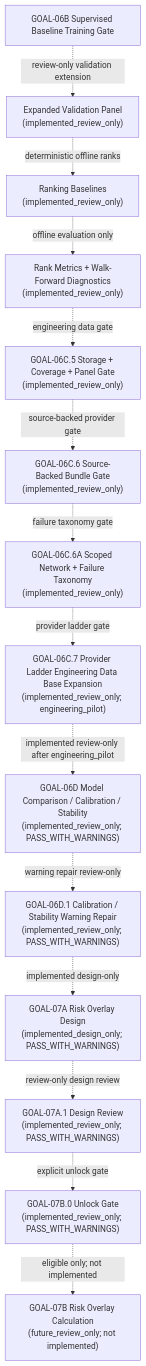
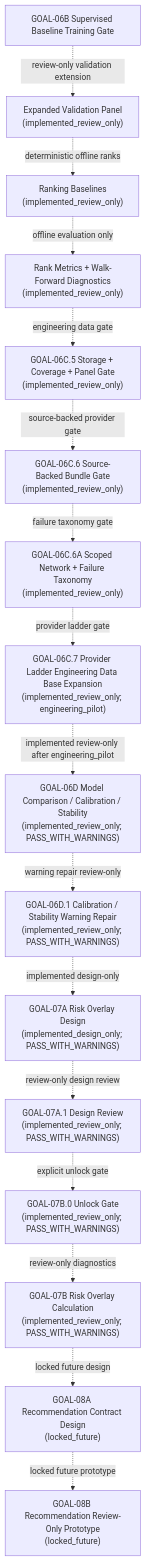
One commit to RyanLu0203/A_share_premarket_core changed the second of 3 diagrams in docs/architecture/ACTIVE_WORKFLOW_THROUGH_GOAL06B.md. Above: the diagram before and after it, drawn with Mermaid. The commit also changed other lines of this file and 83 other files, not shown here.

Commit message:
Implement GOAL-07B review-only risk diagnostics

````diff
--- a/docs/architecture/ACTIVE_WORKFLOW_THROUGH_GOAL06B.md
+++ b/docs/architecture/ACTIVE_WORKFLOW_THROUGH_GOAL06B.md
@@ -29,16 +29,18 @@
 ```mermaid
 flowchart TD
     A["GOAL-06B Supervised Baseline Training Gate"] -. "review-only validation extension" .-> B["Expanded Validation Panel<br/>(implemented_review_only)"]
     B -. "deterministic offline ranks" .-> C["Ranking Baselines<br/>(implemented_review_only)"]
     C -. "offline evaluation only" .-> D["Rank Metrics + Walk-Forward Diagnostics<br/>(implemented_review_only)"]
     D -. "engineering data gate" .-> E["GOAL-06C.5 Storage + Coverage + Panel Gate<br/>(implemented_review_only)"]
     E -. "source-backed provider gate" .-> F["GOAL-06C.6 Source-Backed Bundle Gate<br/>(implemented_review_only)"]
     F -. "failure taxonomy gate" .-> G["GOAL-06C.6A Scoped Network + Failure Taxonomy<br/>(implemented_review_only)"]
     G -. "provider ladder gate" .-> H["GOAL-06C.7 Provider Ladder Engineering Data Base Expansion<br/>(implemented_review_only; engineering_pilot)"]
     H -. "implemented review-only after engineering_pilot" .-> I["GOAL-06D Model Comparison / Calibration / Stability<br/>(implemented_review_only; PASS_WITH_WARNINGS)"]
     I -. "warning repair review-only" .-> I2["GOAL-06D.1 Calibration / Stability Warning Repair<br/>(implemented_review_only; PASS_WITH_WARNINGS)"]
     I2 -. "implemented design-only" .-> J["GOAL-07A Risk Overlay Design<br/>(implemented_design_only; PASS_WITH_WARNINGS)"]
     J -. "review-only design review" .-> J2["GOAL-07A.1 Design Review<br/>(implemented_review_only; PASS_WITH_WARNINGS)"]
     J2 -. "explicit unlock gate" .-> J3["GOAL-07B.0 Unlock Gate<br/>(implemented_review_only; PASS_WITH_WARNINGS)"]
-    J3 -. "eligible only; not implemented" .-> K["GOAL-07B Risk Overlay Calculation<br/>(future_review_only; not implemented)"]
+    J3 -. "review-only diagnostics" .-> K["GOAL-07B Risk Overlay Calculation<br/>(implemented_review_only; PASS_WITH_WARNINGS)"]
+    K -. "locked future design" .-> L["GOAL-08A Recommendation Contract Design<br/>(locked_future)"]
+    L -. "locked future prototype" .-> M["GOAL-08B Recommendation Review-Only Prototype<br/>(locked_future)"]
 ```
````
